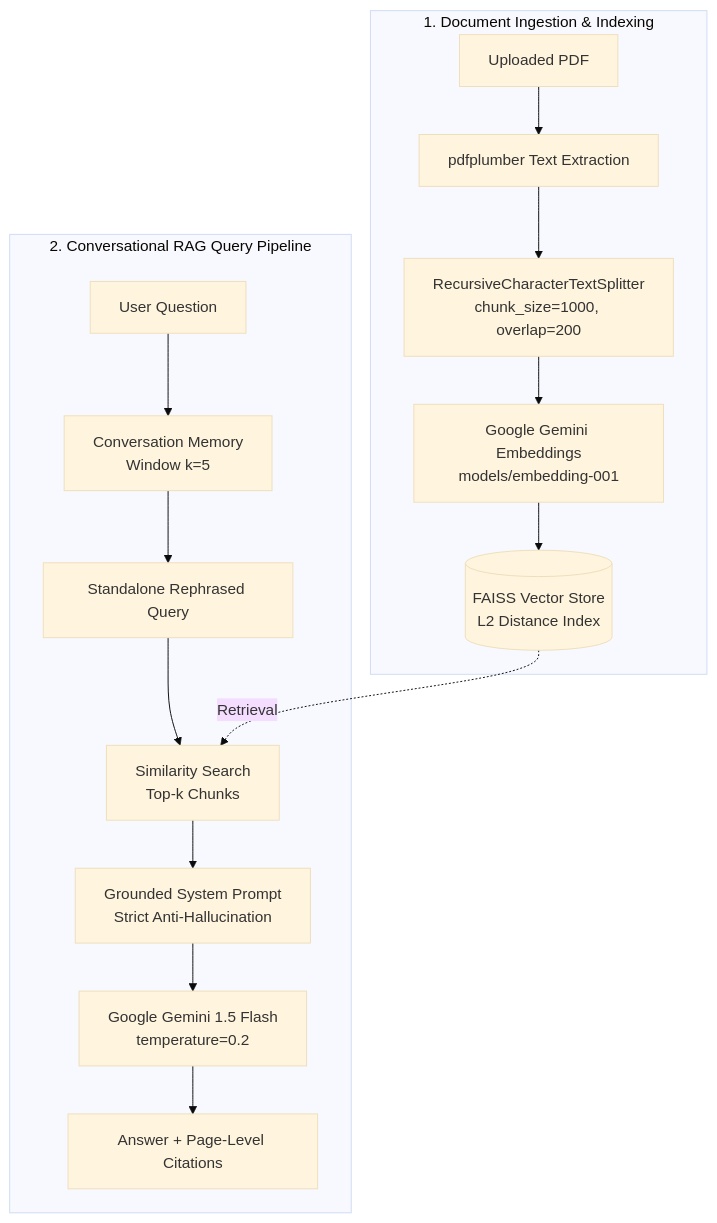
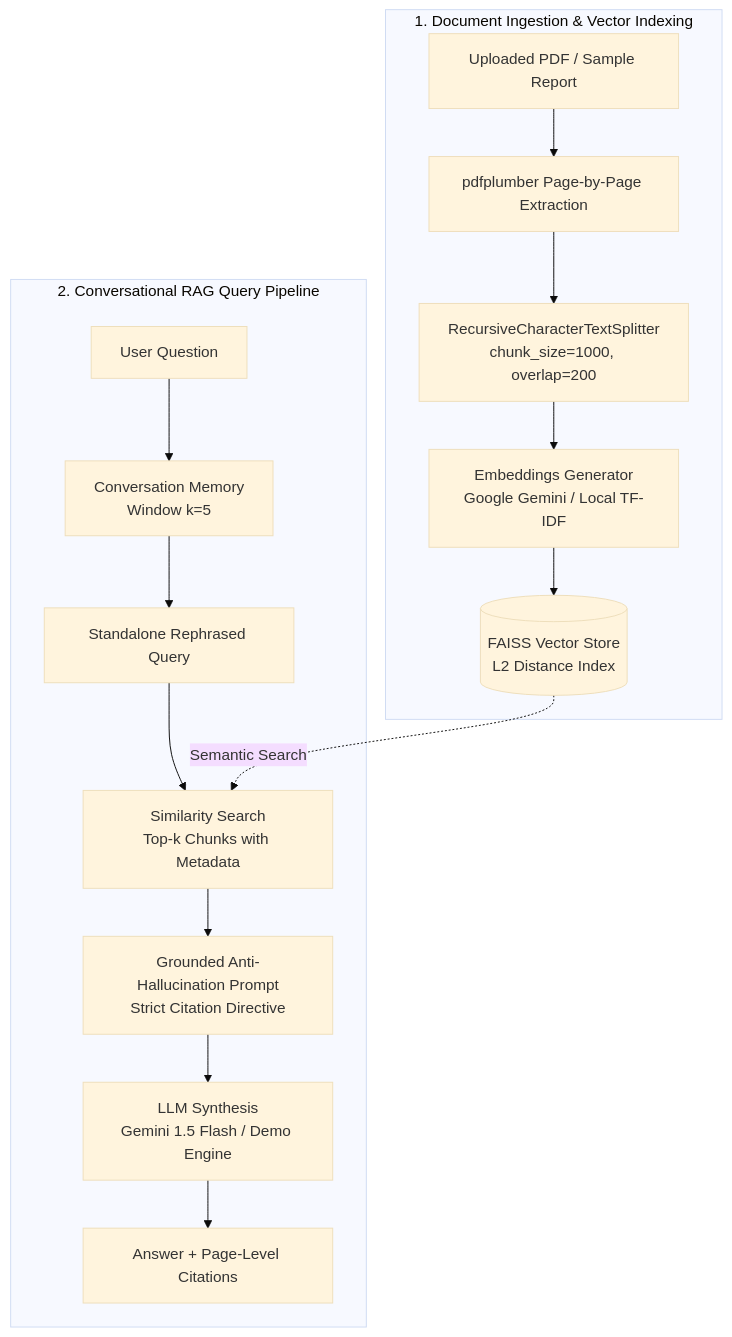
Before and after one commit to bhanushamdasani/pdf-rag-chatbot: the diagram in README.md, drawn with Mermaid (base theme). The commit also changed other lines of this file and 7 other files, not shown here.

Commit message:
feat: add zero-exposure key security, 1-click sample demo, and offline testing pipeline

````diff
--- a/README.md
+++ b/README.md
@@ -17,19 +18,19 @@
 ```mermaid
 flowchart TD
-    subgraph Ingestion ["1. Document Ingestion & Indexing"]
-        A[Uploaded PDF] --> B[pdfplumber Text Extraction]
+    subgraph Ingestion ["1. Document Ingestion & Vector Indexing"]
+        A[Uploaded PDF / Sample Report] --> B[pdfplumber Page-by-Page Extraction]
         B --> C[RecursiveCharacterTextSplitter<br/>chunk_size=1000, overlap=200]
-        C --> D[Google Gemini Embeddings<br/>models/embedding-001]
+        C --> D[Embeddings Generator<br/>Google Gemini / Local TF-IDF]
         D --> E[(FAISS Vector Store<br/>L2 Distance Index)]
     end
 
     subgraph Query ["2. Conversational RAG Query Pipeline"]
         F[User Question] --> G[Conversation Memory<br/>Window k=5]
         G --> H[Standalone Rephrased Query]
-        H --> I[Similarity Search<br/>Top-k Chunks]
-        E -. Retrieval .-> I
-        I --> J[Grounded System Prompt<br/>Strict Anti-Hallucination]
-        J --> K[Google Gemini 1.5 Flash<br/>temperature=0.2]
+        H --> I[Similarity Search<br/>Top-k Chunks with Metadata]
+        E -. Semantic Search .-> I
+        I --> J[Grounded Anti-Hallucination Prompt<br/>Strict Citation Directive]
+        J --> K[LLM Synthesis<br/>Gemini 1.5 Flash / Demo Engine]
         K --> L[Answer + Page-Level Citations]
     end
 ```
````
